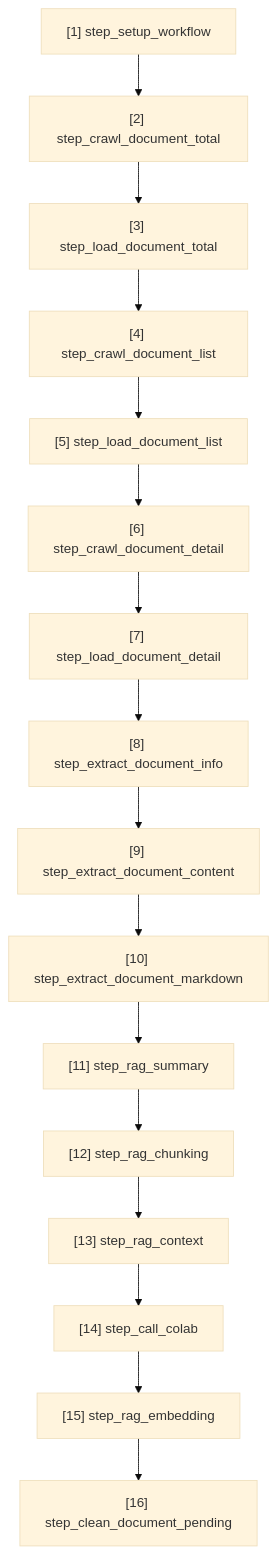
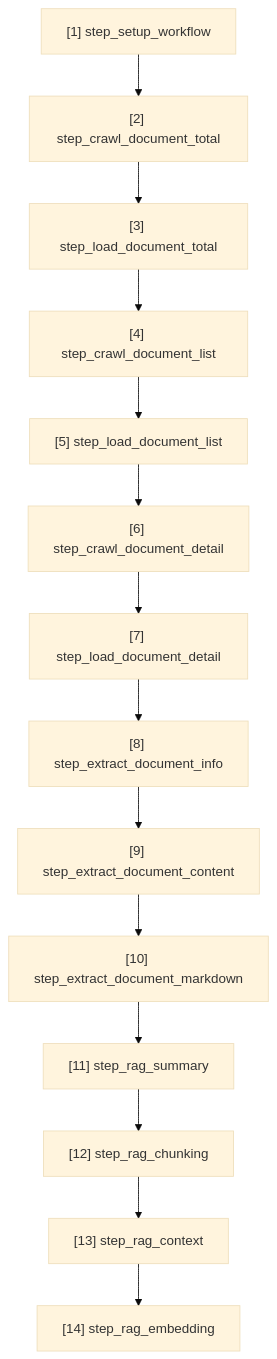
Before and after one commit to 20206205Tech/data-pipeline-vbpl: the diagram in docs/workflow.md, drawn with Mermaid (base theme). The commit also changed 10 other files, not shown here.

````diff
--- a/docs/workflow.md
+++ b/docs/workflow.md
@@ -3,36 +3,32 @@
 ```mermaid
 flowchart TD
     N1["[1] step_setup_workflow"]
     N2["[2] step_crawl_document_total"]
     N3["[3] step_load_document_total"]
     N4["[4] step_crawl_document_list"]
     N5["[5] step_load_document_list"]
     N6["[6] step_crawl_document_detail"]
     N7["[7] step_load_document_detail"]
     N8["[8] step_extract_document_info"]
     N9["[9] step_extract_document_content"]
     N10["[10] step_extract_document_markdown"]
     N11["[11] step_rag_summary"]
     N12["[12] step_rag_chunking"]
     N13["[13] step_rag_context"]
-    N14["[14] step_call_colab"]
-    N15["[15] step_rag_embedding"]
-    N16["[16] step_clean_document_pending"]
+    N14["[14] step_rag_embedding"]
 
     %% Các liên kết
     N1 --> N2
     N2 --> N3
     N3 --> N4
     N4 --> N5
     N5 --> N6
     N6 --> N7
     N7 --> N8
     N8 --> N9
     N9 --> N10
     N10 --> N11
     N11 --> N12
     N12 --> N13
     N13 --> N14
-    N14 --> N15
-    N15 --> N16
 ```
````
